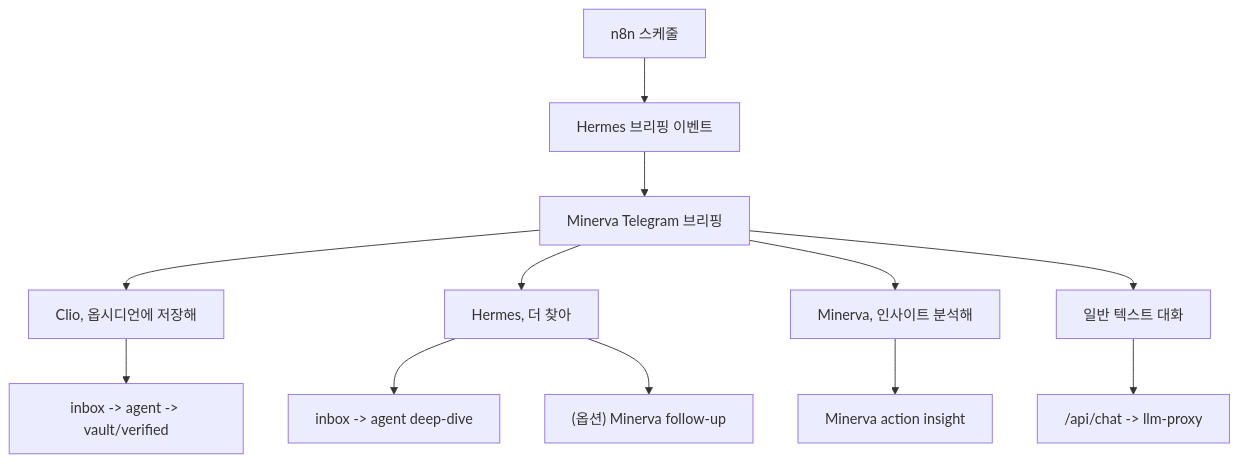
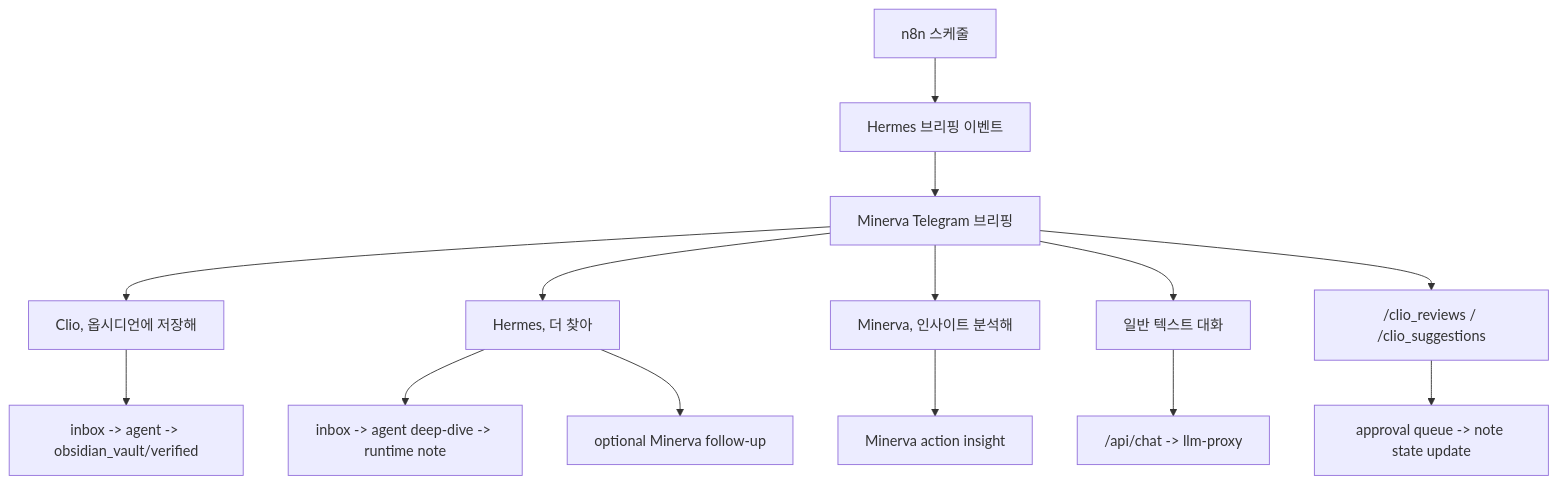
One commit to Merchantlee99/Personal-AI-agent-v2 changed the diagram in docs/USE_CASES.md. Above: the diagram before and after it, drawn with Mermaid. The commit also changed other lines of this file and 14 other files, not shown here.

Commit message:
refactor: separate clio user vault from runtime artifacts

````diff
--- a/docs/USE_CASES.md
+++ b/docs/USE_CASES.md
@@ -96,15 +117,17 @@
 ```mermaid
 flowchart TD
   A["n8n 스케줄"] --> B["Hermes 브리핑 이벤트"]
   B --> C["Minerva Telegram 브리핑"]
   C --> D1["Clio, 옵시디언에 저장해"]
   C --> D2["Hermes, 더 찾아"]
   C --> D3["Minerva, 인사이트 분석해"]
   C --> D4["일반 텍스트 대화"]
+  C --> D5["/clio_reviews / /clio_suggestions"]
 
-  D1 --> E1["inbox -> agent -> vault/verified"]
-  D2 --> E2["inbox -> agent deep-dive"]
-  D2 --> E3["(옵션) Minerva follow-up"]
+  D1 --> E1["inbox -> agent -> obsidian_vault/verified"]
+  D2 --> E2["inbox -> agent deep-dive -> runtime note"]
+  D2 --> E3["optional Minerva follow-up"]
   D3 --> E4["Minerva action insight"]
   D4 --> E5["/api/chat -> llm-proxy"]
+  D5 --> E6["approval queue -> note state update"]
 ```
````
